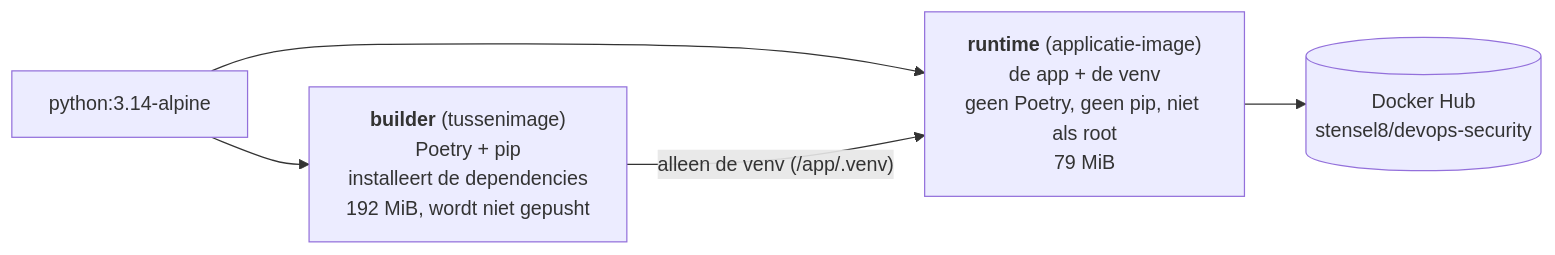
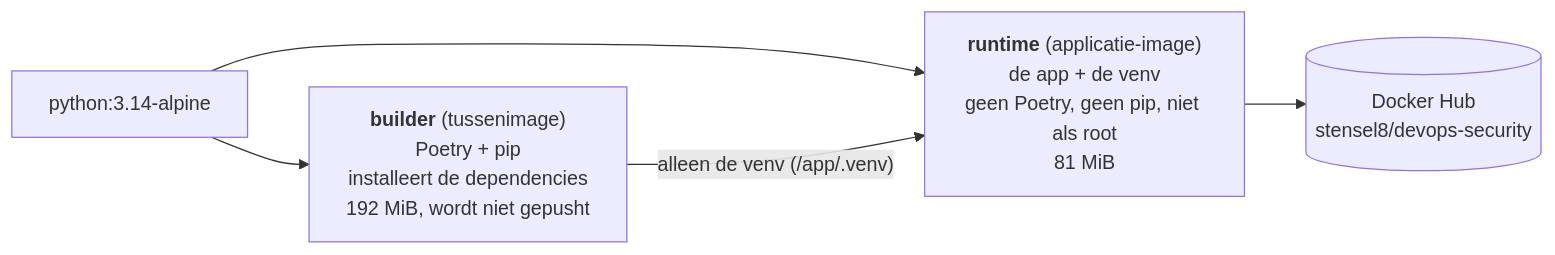
The diagram in week-3/README.md (Stensel8/DevOps-Security), drawn with Mermaid before and after one commit. The commit also changed other lines of this file, not shown here.

````diff
--- a/week-3/README.md
+++ b/week-3/README.md
@@ -22,7 +22,7 @@
 ```mermaid
 flowchart LR
     A["python:3.14-alpine"] --> B["<b>builder</b> (tussenimage)<br/>Poetry + pip<br/>installeert de dependencies<br/>192 MiB, wordt niet gepusht"]
-    A --> C["<b>runtime</b> (applicatie-image)<br/>de app + de venv<br/>geen Poetry, geen pip, niet als root<br/>79 MiB"]
+    A --> C["<b>runtime</b> (applicatie-image)<br/>de app + de venv<br/>geen Poetry, geen pip, niet als root<br/>81 MiB"]
     B -- "alleen de venv (/app/.venv)" --> C
     C --> D[("Docker Hub<br/>stensel8/devops-security")]
 ```
````
